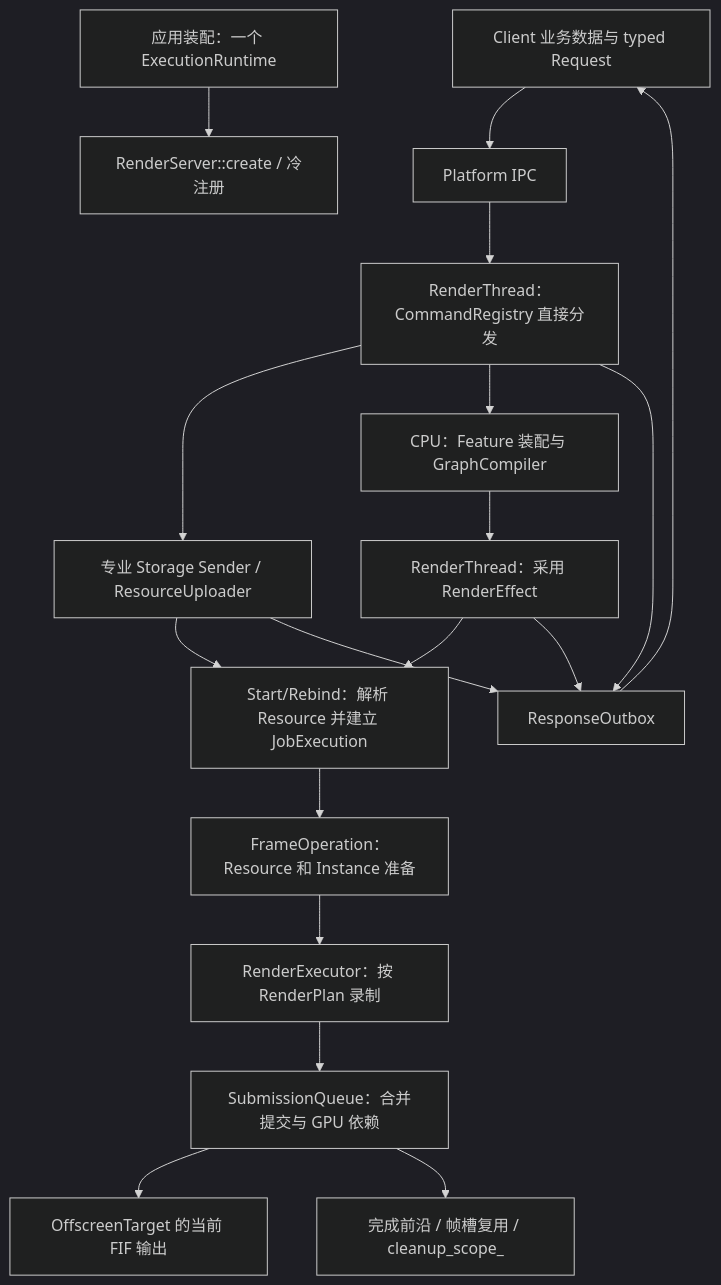
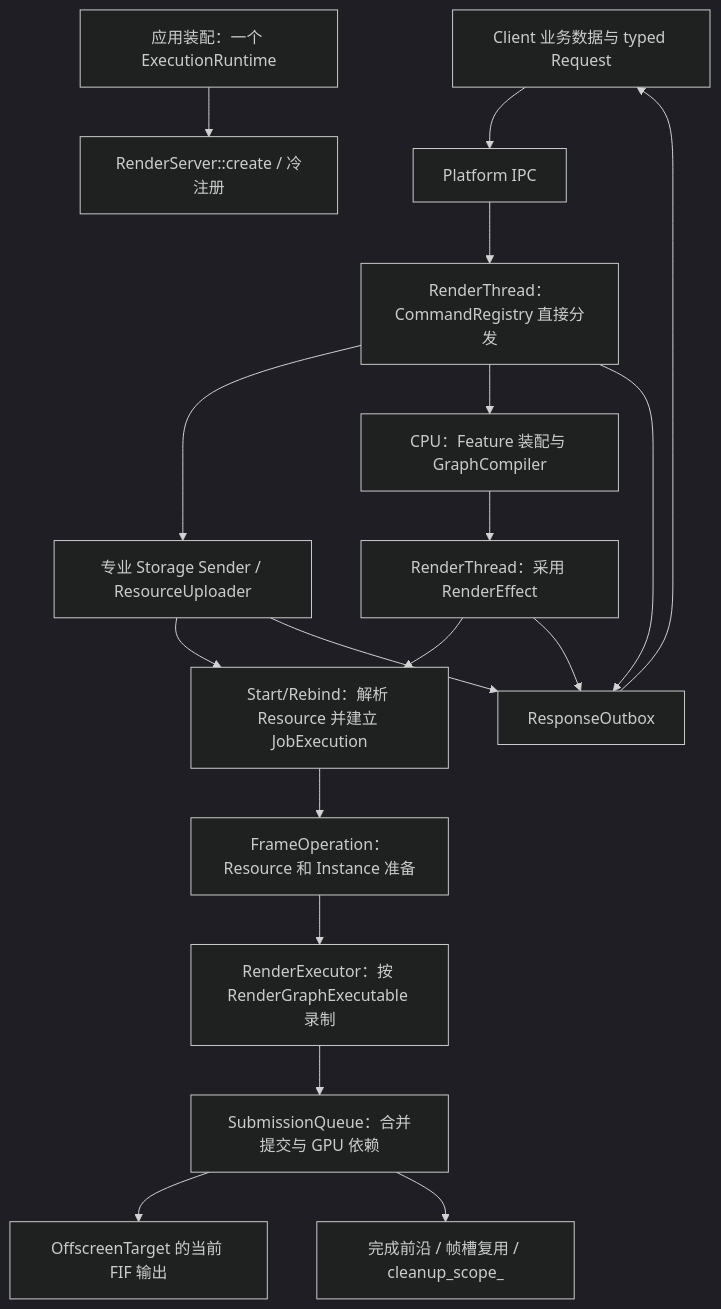
One commit to LUX-YU/lux-engine changed the diagram in docs/render-v2/rendering-flow.md. Above: the diagram before and after it, drawn with Mermaid (dark theme). The commit also changed other lines of this file and 72 other files, not shown here.

First line of the commit message:
Compile Render graphs to typed recording packets

````diff
--- a/docs/render-v2/rendering-flow.md
+++ b/docs/render-v2/rendering-flow.md
@@ -29,20 +29,20 @@
 ```mermaid
 flowchart TD
     App[应用装配：一个 ExecutionRuntime] --> Server[RenderServer::create / 冷注册]
     Client[Client 业务数据与 typed Request] --> IPC[Platform IPC]
     IPC --> Dispatch[RenderThread：CommandRegistry 直接分发]
     Dispatch --> Upload[专业 Storage Sender / ResourceUploader]
     Dispatch --> Compile[CPU：Feature 装配与 GraphCompiler]
     Compile --> Adopt[RenderThread：采用 RenderEffect]
     Adopt --> Start[Start/Rebind：解析 Resource 并建立 JobExecution]
     Upload --> Start
     Start --> Prepare[FrameOperation：Resource 和 Instance 准备]
-    Prepare --> Record[RenderExecutor：按 RenderPlan 录制]
+    Prepare --> Record[RenderExecutor：按 RenderGraphExecutable 录制]
     Record --> Queue[SubmissionQueue：合并提交与 GPU 依赖]
     Queue --> Target[OffscreenTarget 的当前 FIF 输出]
     Queue --> Complete[完成前沿 / 帧槽复用 / cleanup_scope_]
     Dispatch --> Reply[ResponseOutbox]
     Upload --> Reply
     Adopt --> Reply
     Reply --> Client
 ```
````
